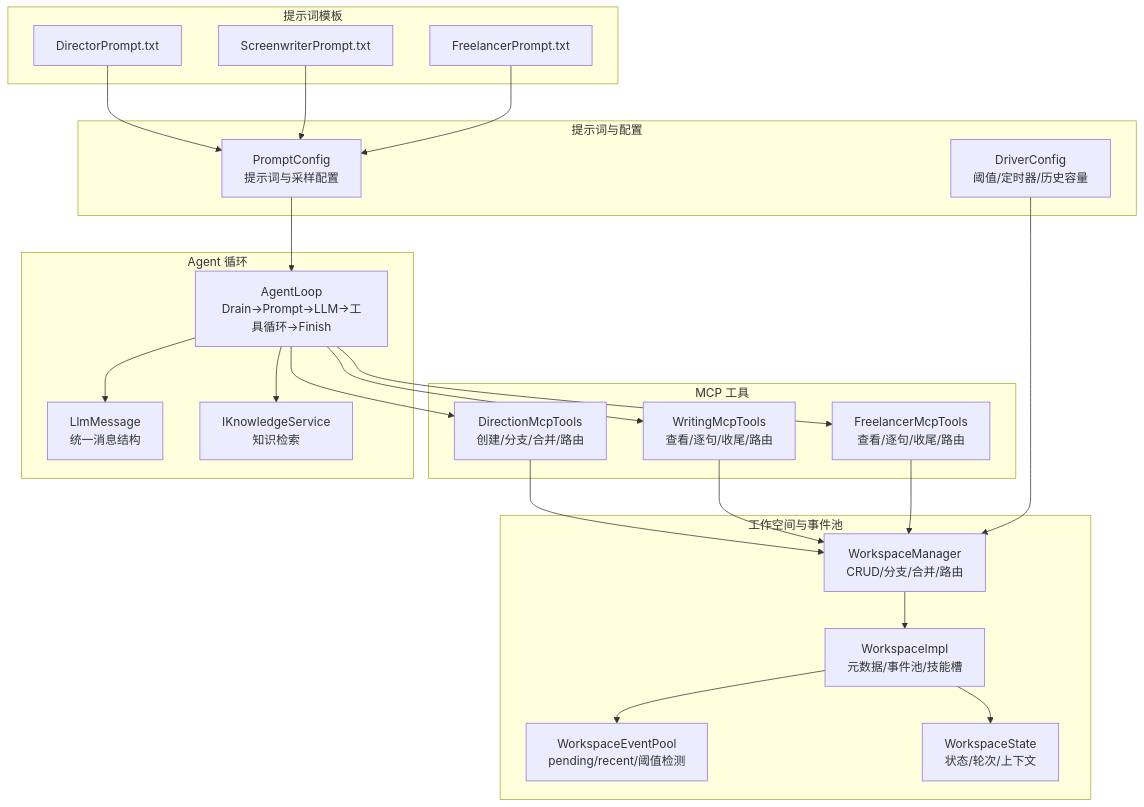
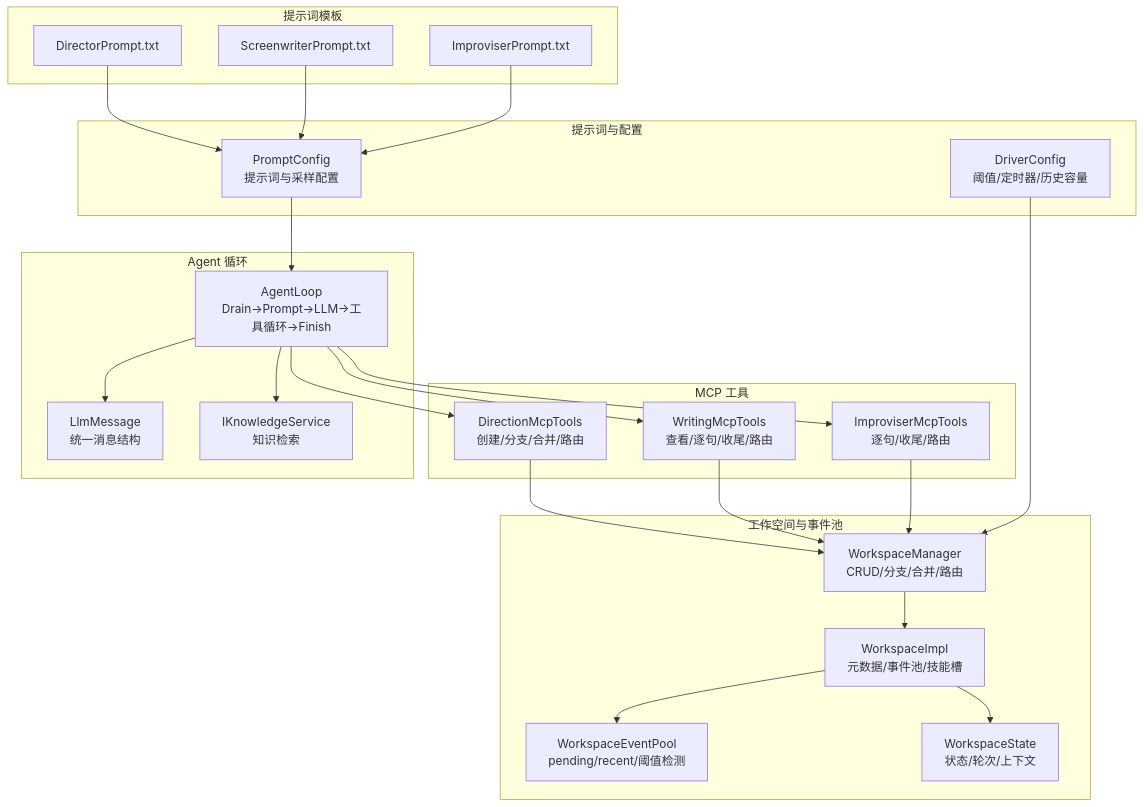
Before and after one commit to suzvka/NPCLife: the first of 8 diagrams in .qoder/repowiki/zh/content/提示词系统.md, drawn with Mermaid. The commit also changed other lines of this file and 25 other files, not shown here.

````diff
--- a/.qoder/repowiki/zh/content/提示词系统.md
+++ b/.qoder/repowiki/zh/content/提示词系统.md
@@ -41,44 +51,44 @@
 ```mermaid
 graph TB
 subgraph "提示词与配置"
 PC["PromptConfig<br/>提示词与采样配置"]
 DCfg["DriverConfig<br/>阈值/定时器/历史容量"]
 end
 subgraph "工作空间与事件池"
 WM["WorkspaceManager<br/>CRUD/分支/合并/路由"]
 WS["WorkspaceImpl<br/>元数据/事件池/技能槽"]
 WState["WorkspaceState<br/>状态/轮次/上下文"]
 WPool["WorkspaceEventPool<br/>pending/recent/阈值检测"]
 end
 subgraph "MCP 工具"
 DirTools["DirectionMcpTools<br/>创建/分支/合并/路由"]
 WriteTools["WritingMcpTools<br/>查看/逐句/收尾/路由"]
-FreeTools["FreelancerMcpTools<br/>查看/逐句/收尾/路由"]
+ImpTools["ImproviserMcpTools<br/>逐句/收尾/路由"]
 end
 subgraph "Agent 循环"
 AL["AgentLoop<br/>Drain→Prompt→LLM→工具循环→Finish"]
 LM["LlmMessage<br/>统一消息结构"]
 KSvc["IKnowledgeService<br/>知识检索"]
 end
 subgraph "提示词模板"
 Dp["DirectorPrompt.txt"]
 Sp["ScreenwriterPrompt.txt"]
-Fp["FreelancerPrompt.txt"]
+Ip["ImproviserPrompt.txt"]
 end
 Dp --> PC
 Sp --> PC
-Fp --> PC
+Ip --> PC
 PC --> AL
 DCfg --> WM
 WM --> WS
 WS --> WPool
 WS --> WState
 DirTools --> WM
 WriteTools --> WM
-FreeTools --> WM
+ImpTools --> WM
 AL --> LM
 AL --> KSvc
 AL --> DirTools
 AL --> WriteTools
-AL --> FreeTools
+AL --> ImpTools
 ```
````
